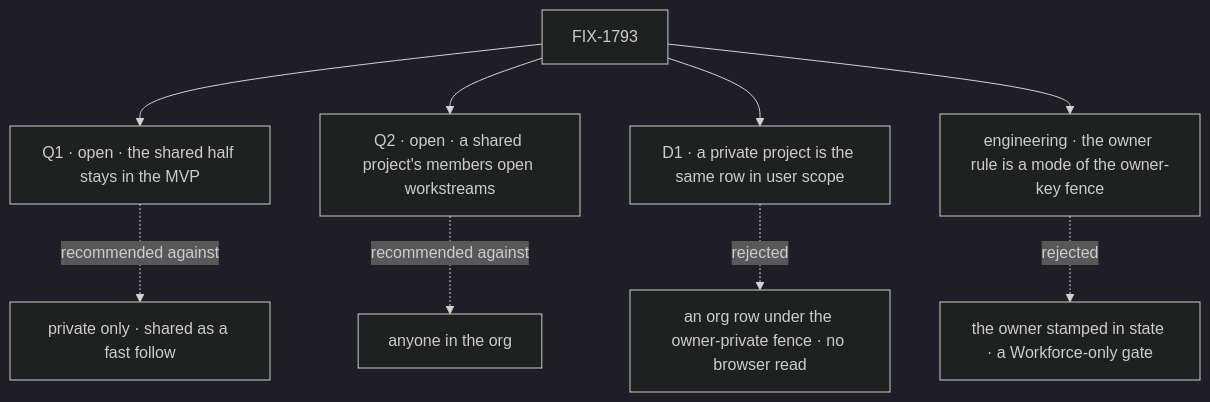
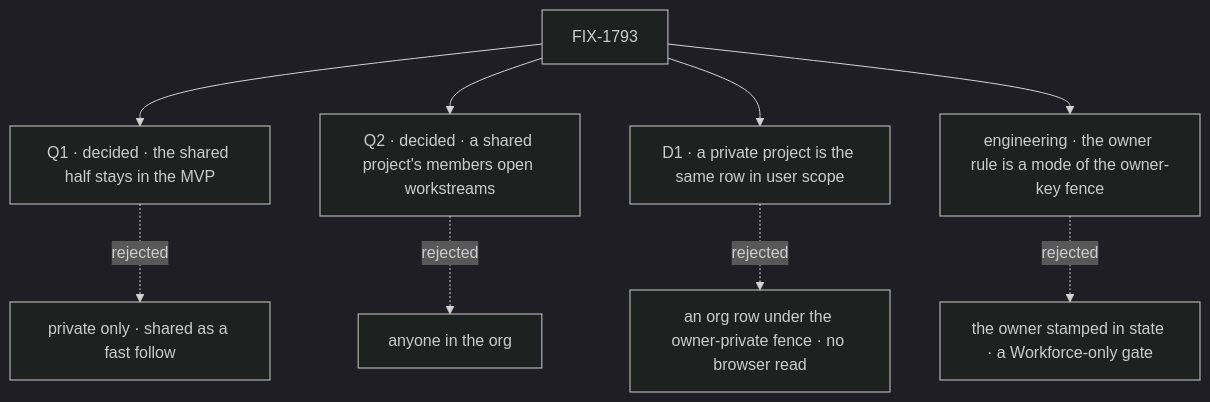
One commit to fixpoint-labs/flow-state-dev changed the diagram in specs/issues/FIX-1793/DECISIONS.md. Above: the diagram before and after it, drawn with Mermaid (dark theme). The commit also changed other lines of this file and 18 other files, not shown here.

````diff
--- a/specs/issues/FIX-1793/DECISIONS.md
+++ b/specs/issues/FIX-1793/DECISIONS.md
@@ -12,11 +13,11 @@
 ```mermaid
 flowchart TD
-  I["FIX-1793"] --> Q1["Q1 · open · the shared half stays in the MVP"]
-  Q1 -.->|"recommended against"| XQ1["private only · shared as a fast follow"]
-  I --> Q2["Q2 · open · a shared project's members open workstreams"]
-  Q2 -.->|"recommended against"| XQ2["anyone in the org"]
+  I["FIX-1793"] --> Q1["Q1 · decided · the shared half stays in the MVP"]
+  Q1 -.->|"rejected"| XQ1["private only · shared as a fast follow"]
+  I --> Q2["Q2 · decided · a shared project's members open workstreams"]
+  Q2 -.->|"rejected"| XQ2["anyone in the org"]
   I --> D1["D1 · a private project is the same row in user scope"]
   D1 -.->|"rejected"| X1["an org row under the owner-private fence · no browser read"]
   I --> E1["engineering · the owner rule is a mode of the owner-key fence"]
   E1 -.->|"rejected"| XE1["the owner stamped in state · a Workforce-only gate"]
 ```
````
